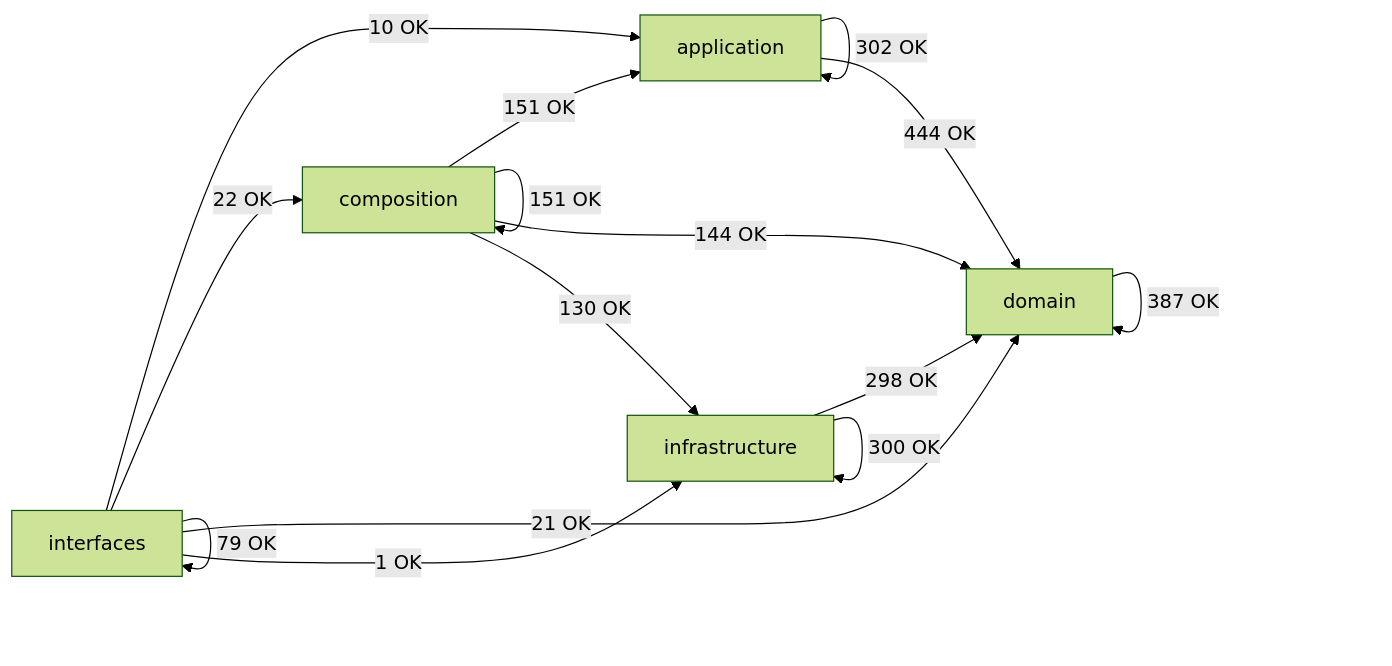
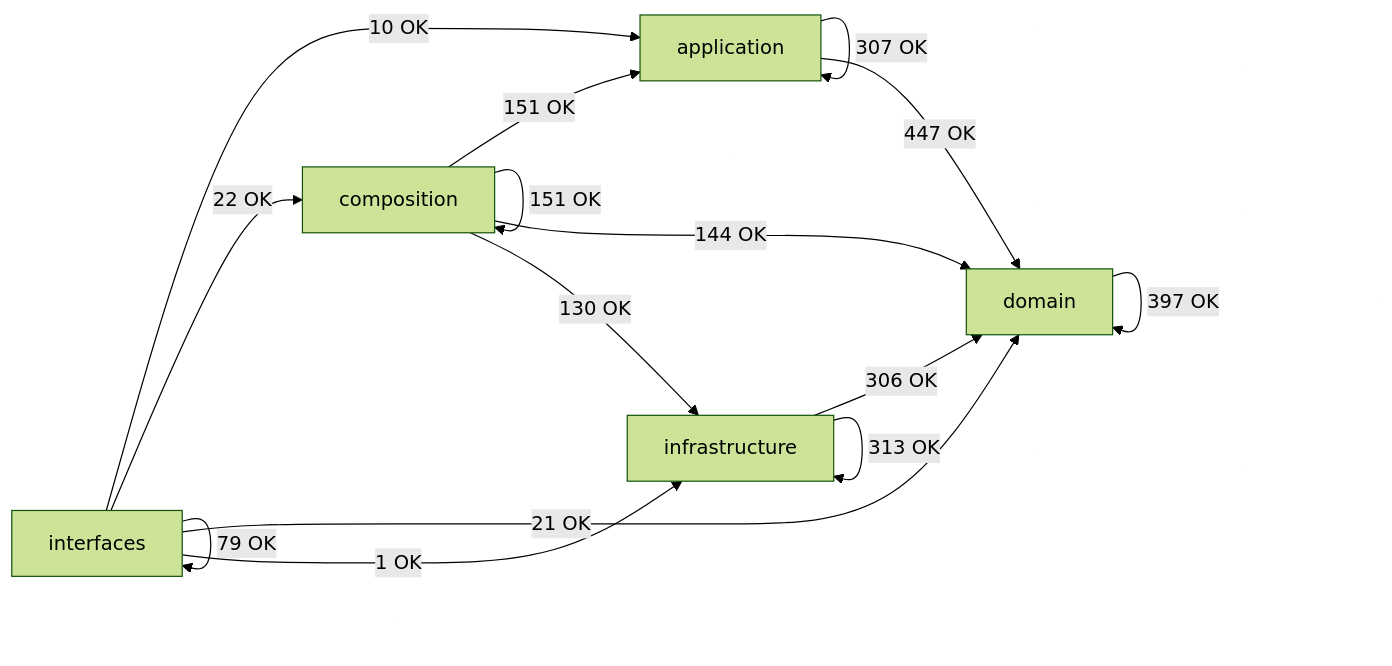
One commit to SatoryKono/BioactivityDataAcquisition changed the diagram in docs/02-architecture/generated/module-dependency-map.md. Above: the diagram before and after it, drawn with Mermaid (forest theme). The commit also changed other lines of this file and 94 other files, not shown here.

````diff
--- a/docs/02-architecture/generated/module-dependency-map.md
+++ b/docs/02-architecture/generated/module-dependency-map.md
@@ -15,22 +15,22 @@
 ```mermaid
 flowchart LR
     domain[domain]
     application[application]
     infrastructure[infrastructure]
     composition[composition]
     interfaces[interfaces]
-    application -->|302 OK| application
-    application -->|444 OK| domain
+    application -->|307 OK| application
+    application -->|447 OK| domain
     composition -->|151 OK| application
     composition -->|151 OK| composition
     composition -->|144 OK| domain
     composition -->|130 OK| infrastructure
-    domain -->|387 OK| domain
-    infrastructure -->|298 OK| domain
-    infrastructure -->|300 OK| infrastructure
+    domain -->|397 OK| domain
+    infrastructure -->|306 OK| domain
+    infrastructure -->|313 OK| infrastructure
     interfaces -->|10 OK| application
     interfaces -->|22 OK| composition
     interfaces -->|21 OK| domain
     interfaces -->|1 OK| infrastructure
     interfaces -->|79 OK| interfaces
 ```
````
